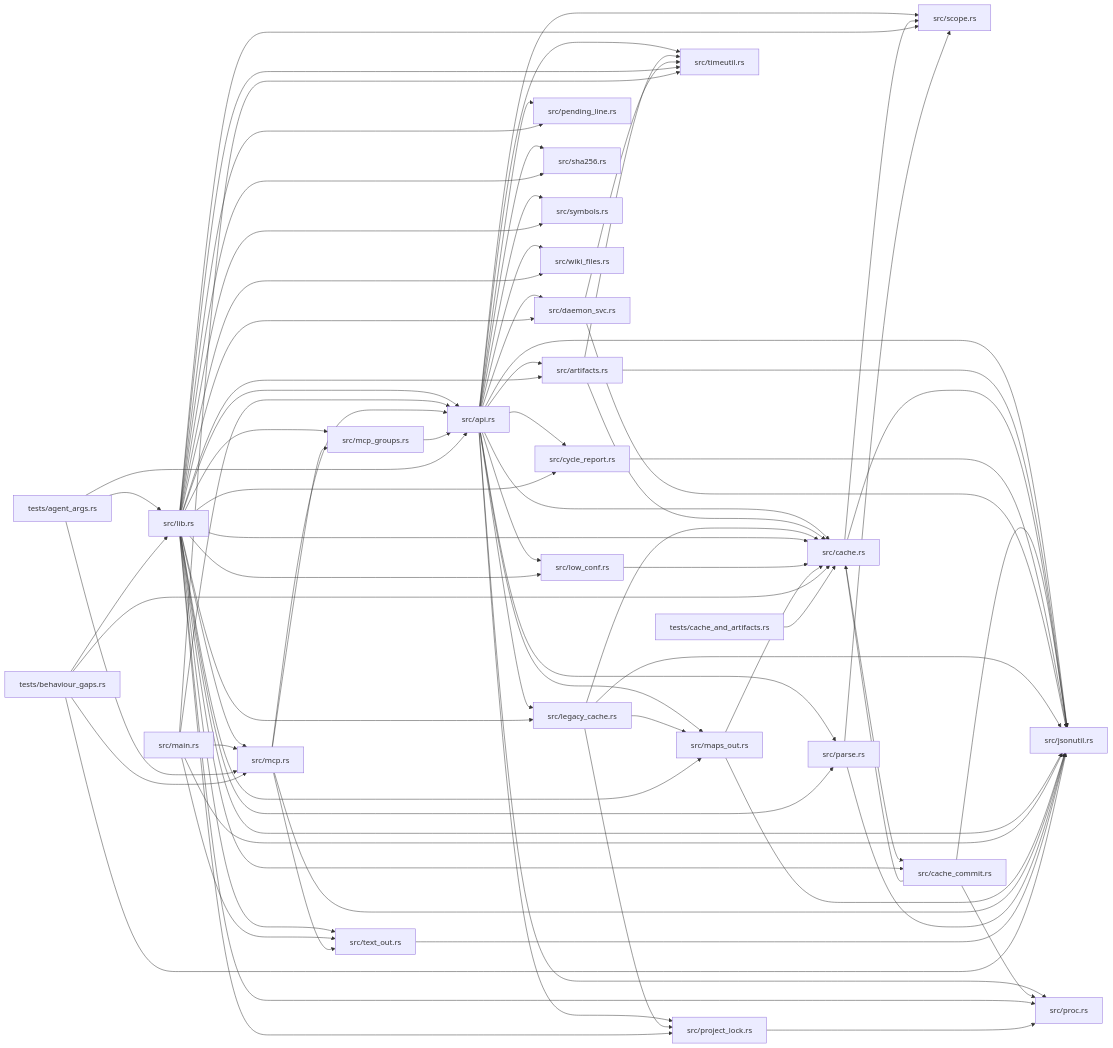
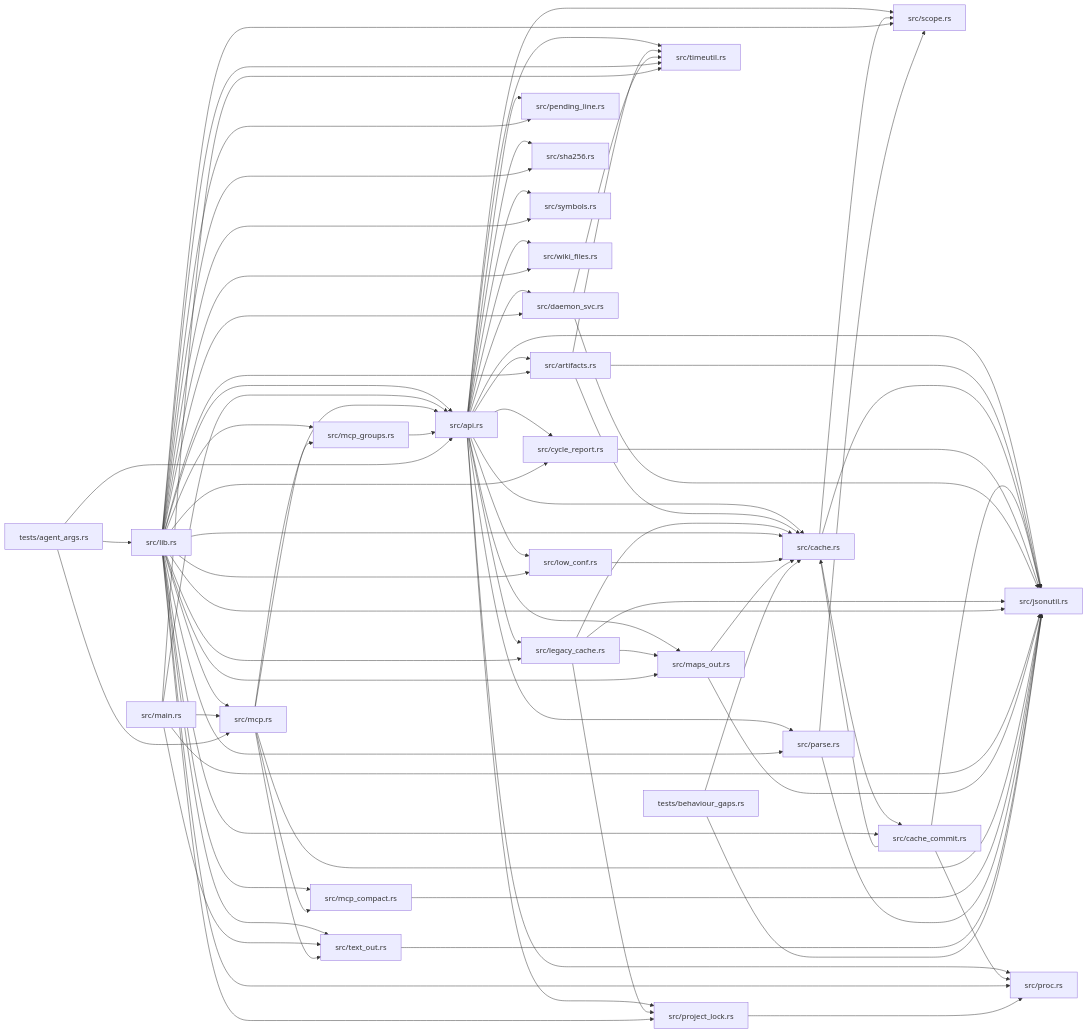
One commit to IronAdamant/wikifier changed the diagram in library.md. Above: the diagram before and after it, drawn with Mermaid. The commit also changed other lines of this file and 27 other files, not shown here.

First line of the commit message:
Specula live-test fixes: --help runs nothing (B7), compact MCP replies; release 5.3.0 (#11)

````diff
--- a/library.md
+++ b/library.md
@@ -94,7 +96,8 @@
   n19["src/lib.rs"] --> n7["src/low_conf.rs"]
   n19["src/lib.rs"] --> n8["src/maps_out.rs"]
   n19["src/lib.rs"] --> n20["src/mcp.rs"]
-  n19["src/lib.rs"] --> n21["src/mcp_groups.rs"]
+  n19["src/lib.rs"] --> n21["src/mcp_compact.rs"]
+  n19["src/lib.rs"] --> n22["src/mcp_groups.rs"]
   n19["src/lib.rs"] --> n9["src/parse.rs"]
   n19["src/lib.rs"] --> n10["src/pending_line.rs"]
   n19["src/lib.rs"] --> n11["src/proc.rs"]
@@ -102,32 +105,31 @@
   n19["src/lib.rs"] --> n13["src/scope.rs"]
   n19["src/lib.rs"] --> n14["src/sha256.rs"]
   n19["src/lib.rs"] --> n15["src/symbols.rs"]
-  n19["src/lib.rs"] --> n22["src/text_out.rs"]
+  n19["src/lib.rs"] --> n23["src/text_out.rs"]
   n19["src/lib.rs"] --> n16["src/timeutil.rs"]
   n19["src/lib.rs"] --> n17["src/wiki_files.rs"]
   n7["src/low_conf.rs"] --> n2["src/cache.rs"]
-  n23["src/main.rs"] --> n0["src/api.rs"]
-  n23["src/main.rs"] --> n5["src/jsonutil.rs"]
-  n23["src/main.rs"] --> n20["src/mcp.rs"]
-  n23["src/main.rs"] --> n22["src/text_out.rs"]
-  n23["src/main.rs"] --> n16["src/timeutil.rs"]
+  n24["src/main.rs"] --> n0["src/api.rs"]
+  n24["src/main.rs"] --> n5["src/jsonutil.rs"]
+  n24["src/main.rs"] --> n20["src/mcp.rs"]
+  n24["src/main.rs"] --> n23["src/text_out.rs"]
+  n24["src/main.rs"] --> n16["src/timeutil.rs"]
   n8["src/maps_out.rs"] --> n2["src/cache.rs"]
   n8["src/maps_out.rs"] --> n5["src/jsonutil.rs"]
   n20["src/mcp.rs"] --> n0["src/api.rs"]
   n20["src/mcp.rs"] --> n5["src/jsonutil.rs"]
-  n20["src/mcp.rs"] --> n21["src/mcp_groups.rs"]
-  n20["src/mcp.rs"] --> n22["src/text_out.rs"]
-  n21["src/mcp_groups.rs"] --> n0["src/api.rs"]
+  n20["src/mcp.rs"] --> n21["src/mcp_compact.rs"]
+  n20["src/mcp.rs"] --> n22["src/mcp_groups.rs"]
+  n20["src/mcp.rs"] --> n23["src/text_out.rs"]
+  n21["src/mcp_compact.rs"] --> n5["src/jsonutil.rs"]
+  n22["src/mcp_groups.rs"] --> n0["src/api.rs"]
   n9["src/parse.rs"] --> n5["src/jsonutil.rs"]
   n9["src/parse.rs"] --> n13["src/scope.rs"]
   n12["src/project_lock.rs"] --> n11["src/proc.rs"]
-  n22["src/text_out.rs"] --> n5["src/jsonutil.rs"]
-  n24["tests/agent_args.rs"] --> n0["src/api.rs"]
-  n24["tests/agent_args.rs"] --> n19["src/lib.rs"]
-  n24["tests/agent_args.rs"] --> n20["src/mcp.rs"]
-  n25["tests/behaviour_gaps.rs"] --> n2["src/cache.rs"]
-  n25["tests/behaviour_gaps.rs"] --> n5["src/jsonutil.rs"]
-  n25["tests/behaviour_gaps.rs"] --> n19["src/lib.rs"]
-  n25["tests/behaviour_gaps.rs"] --> n20["src/mcp.rs"]
-  n26["tests/cache_and_artifacts.rs"] --> n2["src/cache.rs"]
+  n23["src/text_out.rs"] --> n5["src/jsonutil.rs"]
+  n25["tests/agent_args.rs"] --> n0["src/api.rs"]
+  n25["tests/agent_args.rs"] --> n19["src/lib.rs"]
+  n25["tests/agent_args.rs"] --> n20["src/mcp.rs"]
+  n26["tests/behaviour_gaps.rs"] --> n2["src/cache.rs"]
+  n26["tests/behaviour_gaps.rs"] --> n5["src/jsonutil.rs"]
 ```
````
